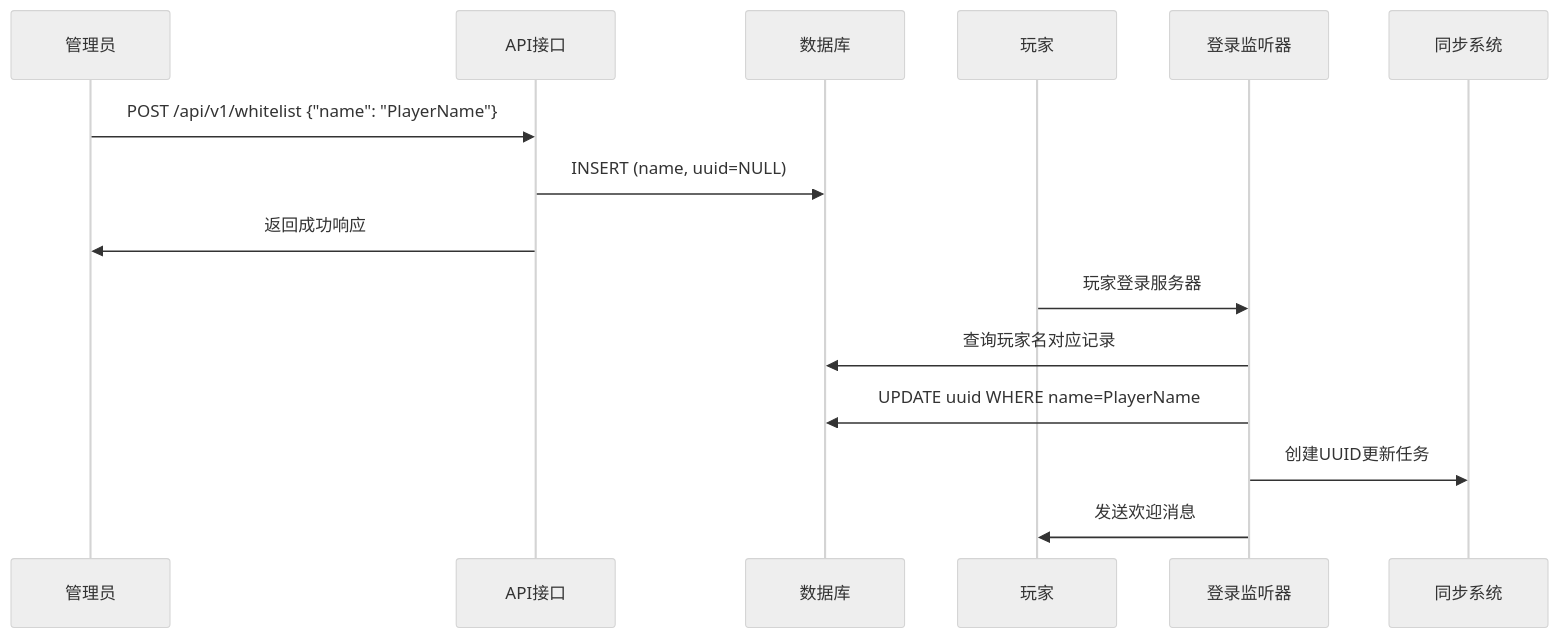
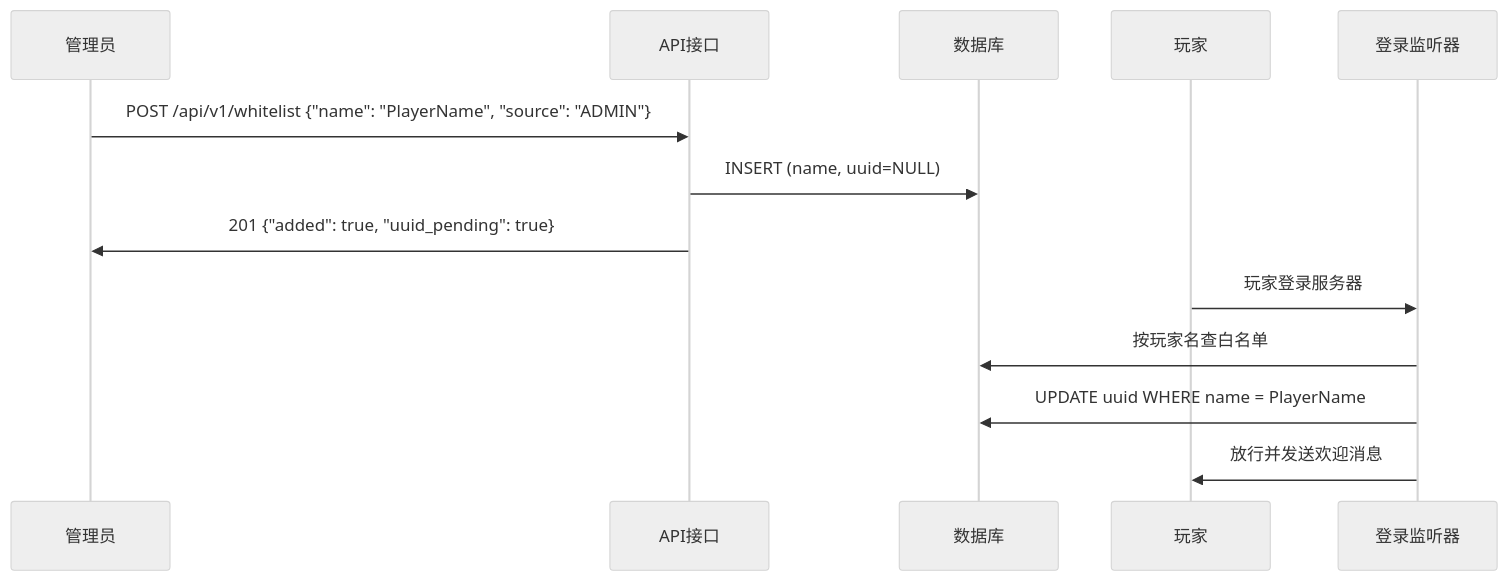
The diagram in API.md (xiaoxiao-cvs/Convenient-access), drawn with Mermaid (neutral theme) before and after one commit. The commit also changed other lines of this file, not shown here.

First line of the commit message:
docs(api): 按源码校准 API 文档

````diff
--- a/API.md
+++ b/API.md
@@ -173,19 +1195,17 @@
 ```mermaid
 sequenceDiagram
     participant Admin as 管理员
     participant API as API接口
     participant DB as 数据库
     participant Player as 玩家
     participant Listener as 登录监听器
-    participant Sync as 同步系统
 
-    Admin->>API: POST /api/v1/whitelist {"name": "PlayerName"}
+    Admin->>API: POST /api/v1/whitelist {"name": "PlayerName", "source": "ADMIN"}
     API->>DB: INSERT (name, uuid=NULL)
-    API->>Admin: 返回成功响应
+    API->>Admin: 201 {"added": true, "uuid_pending": true}
 
     Player->>Listener: 玩家登录服务器
-    Listener->>DB: 查询玩家名对应记录
-    Listener->>DB: UPDATE uuid WHERE name=PlayerName
-    Listener->>Sync: 创建UUID更新任务
-    Listener->>Player: 发送欢迎消息
+    Listener->>DB: 按玩家名查白名单
+    Listener->>DB: UPDATE uuid WHERE name = PlayerName
+    Listener->>Player: 放行并发送欢迎消息
 ```
````
